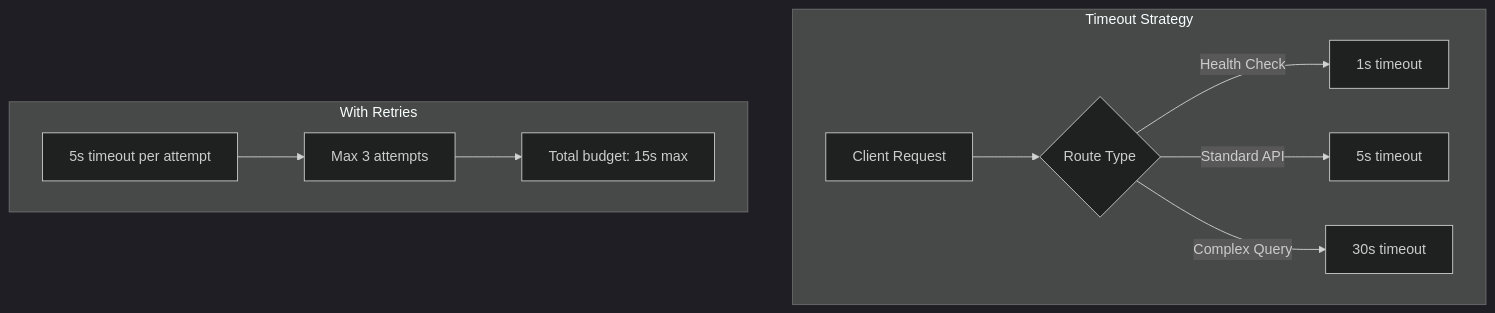
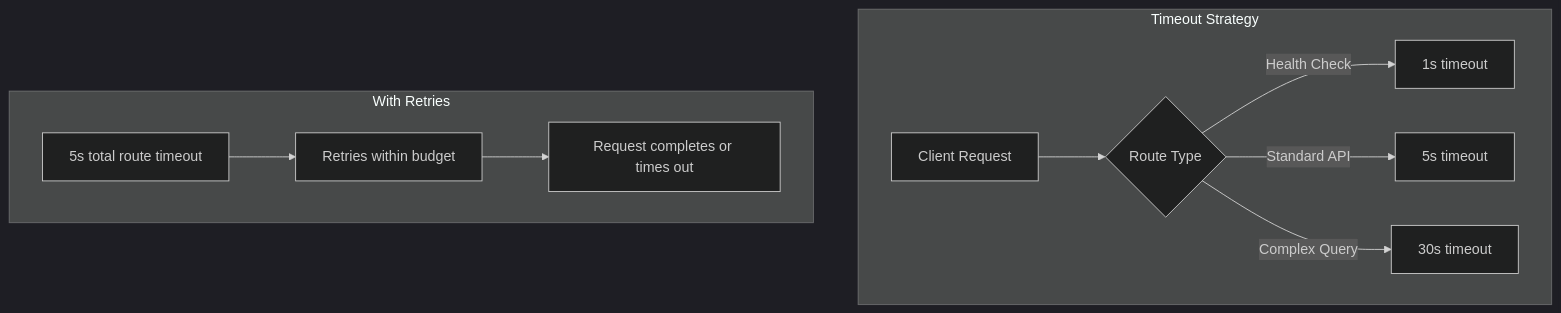
One commit to OneUptime/blog changed the third of 6 diagrams in posts/2026-01-27-linkerd-retries/README.md. Above: the diagram before and after it, drawn with Mermaid (dark theme). The commit also changed other lines of this file and 2 other files, not shown here.

Commit message:
validate: 2026-01-27-linkerd-retries

````diff
--- a/posts/2026-01-27-linkerd-retries/README.md
+++ b/posts/2026-01-27-linkerd-retries/README.md
@@ -194,14 +195,14 @@
 ```mermaid
 flowchart TB
     subgraph Timeout Strategy
         A[Client Request] --> B{Route Type}
         B -->|Health Check| C[1s timeout]
         B -->|Standard API| D[5s timeout]
         B -->|Complex Query| E[30s timeout]
     end
 
     subgraph With Retries
-        F[5s timeout per attempt] --> G[Max 3 attempts]
-        G --> H[Total budget: 15s max]
+        F[5s total route timeout] --> G[Retries within budget]
+        G --> H[Request completes or times out]
     end
 ```
````
